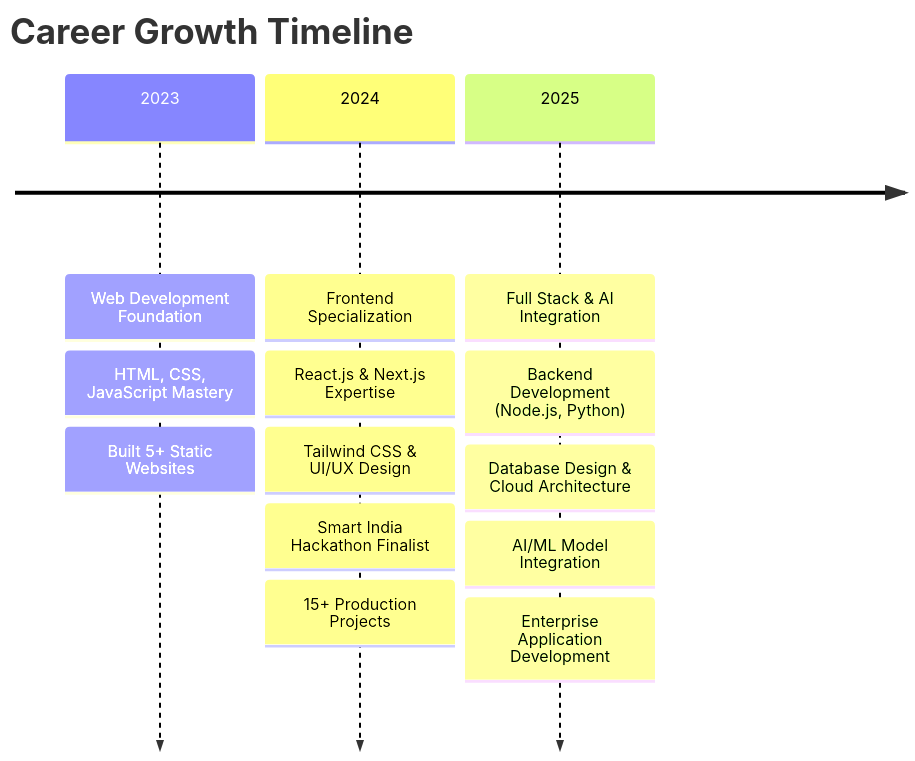
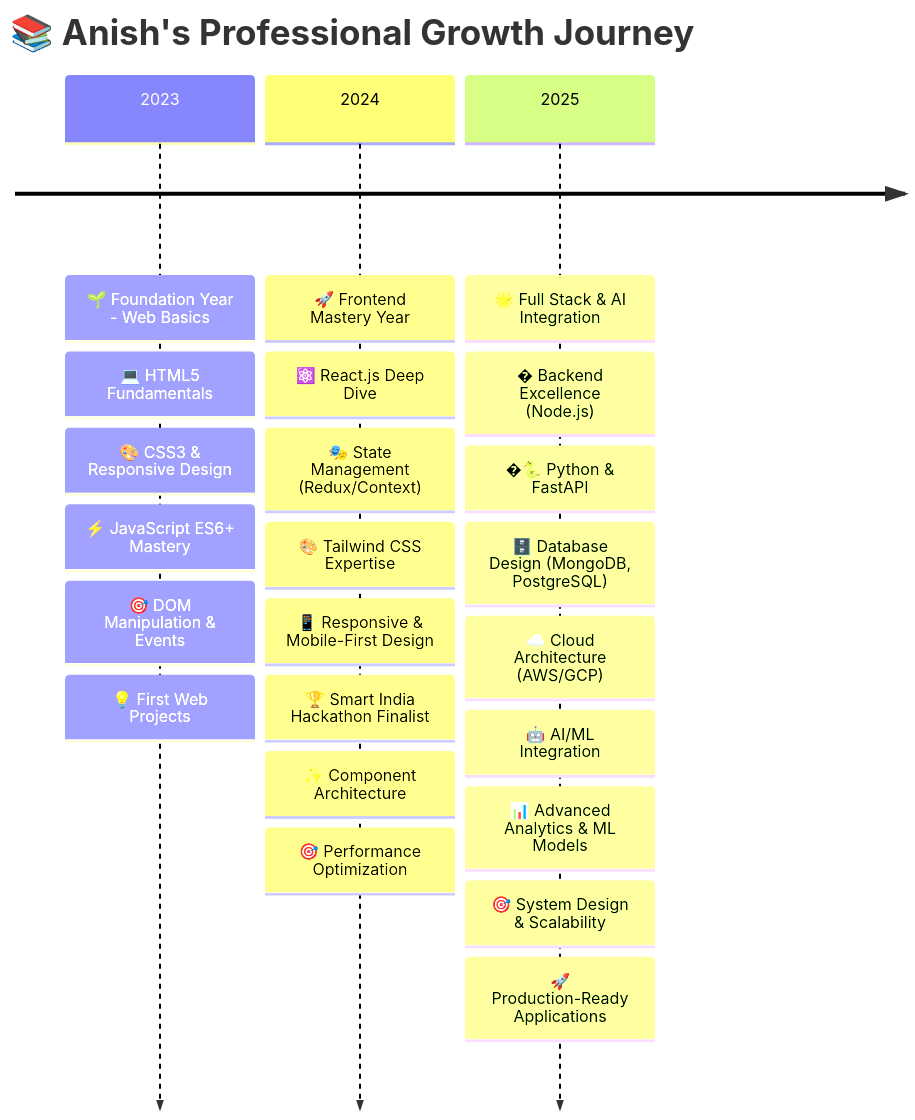
One commit to Anish-2005/Anish-2005 changed the first of 11 diagrams in README.md. Above: the diagram before and after it, drawn with Mermaid. The commit also changed other lines of this file, not shown here.

````diff
--- a/README.md
+++ b/README.md
@@ -140,19 +157,29 @@
 ```mermaid
 timeline
-    title Career Growth Timeline
-    2023 : Web Development Foundation
-         : HTML, CSS, JavaScript Mastery
-         : Built 5+ Static Websites
+    title 📚 Anish's Professional Growth Journey
+    2023 : 🌱 Foundation Year - Web Basics
+         : 💻 HTML5 Fundamentals
+         : 🎨 CSS3 & Responsive Design
+         : ⚡ JavaScript ES6+ Mastery
+         : 🎯 DOM Manipulation & Events
+         : 💡 First Web Projects
     
-    2024 : Frontend Specialization
-         : React.js & Next.js Expertise
-         : Tailwind CSS & UI/UX Design
-         : Smart India Hackathon Finalist
-         : 15+ Production Projects
+    2024 : 🚀 Frontend Mastery Year
+         : ⚛️ React.js Deep Dive
+         : 🎭 State Management (Redux/Context)
+         : 🎨 Tailwind CSS Expertise
+         : 📱 Responsive & Mobile-First Design
+         : 🏆 Smart India Hackathon Finalist
+         : ✨ Component Architecture
+         : 🎯 Performance Optimization
     
-    2025 : Full Stack & AI Integration
-         : Backend Development (Node.js, Python)
-         : Database Design & Cloud Architecture
-         : AI/ML Model Integration
-         : Enterprise Application Development
+    2025 : 🌟 Full Stack & AI Integration
+         : � Backend Excellence (Node.js)
+         : �🐍 Python & FastAPI
+         : 🗄️ Database Design (MongoDB, PostgreSQL)
+         : ☁️ Cloud Architecture (AWS/GCP)
+         : 🤖 AI/ML Integration
+         : 📊 Advanced Analytics & ML Models
+         : 🎯 System Design & Scalability
+         : 🚀 Production-Ready Applications
 ```
````
